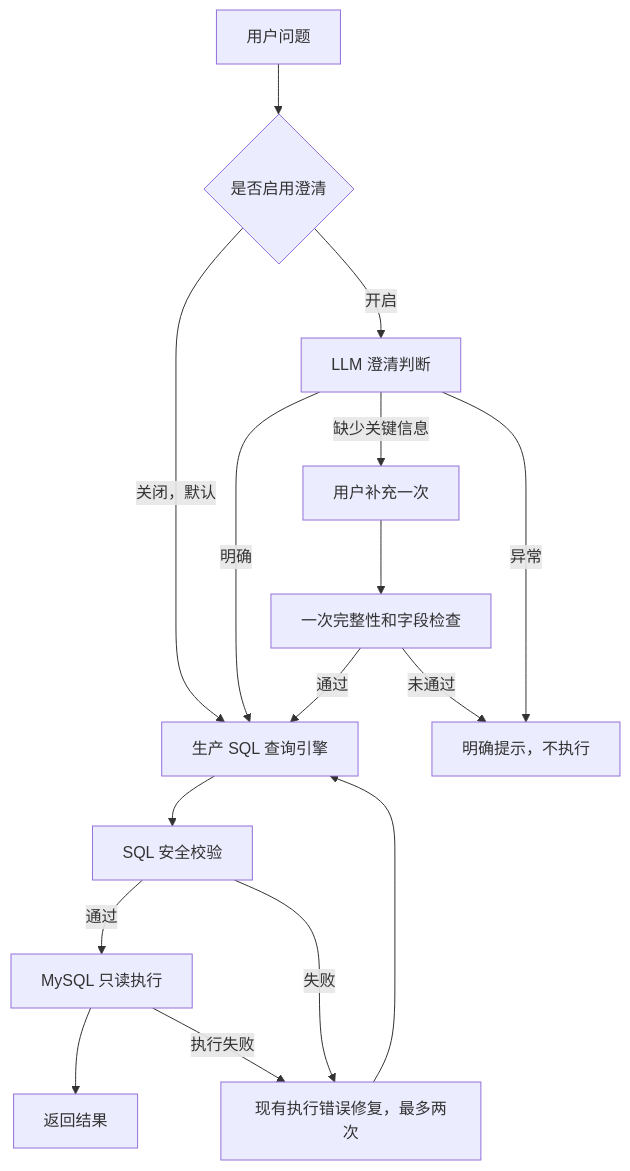
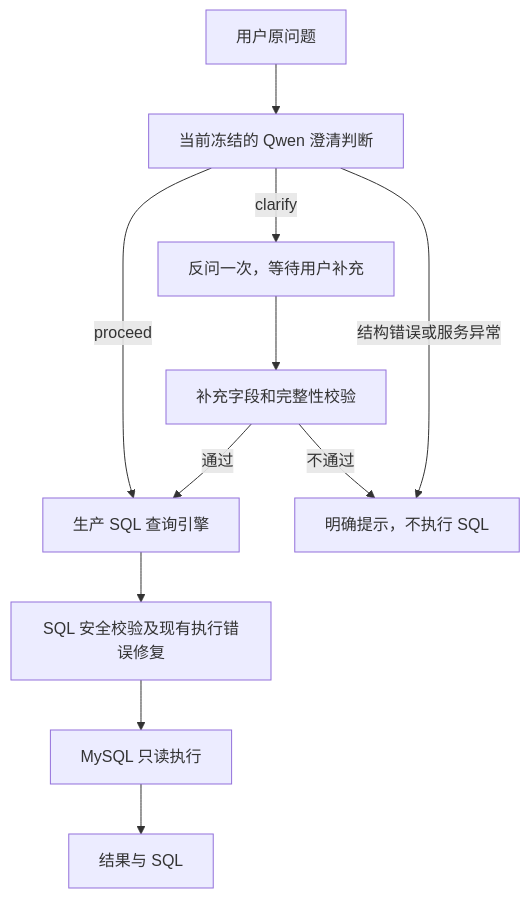
Before and after one commit to jinxi0407/agentic-data-analyst: the diagram in README.md, drawn with Mermaid. The commit also changed other lines of this file and 57 other files, not shown here.

````diff
--- a/README.md
+++ b/README.md
@@ -18,18 +15,13 @@
 ```mermaid
 flowchart TD
-    U[用户问题] --> M{是否启用澄清}
-    M -->|关闭，默认| Q[生产 SQL 查询引擎]
-    M -->|开启| G[LLM 澄清判断]
-    G -->|明确| Q
-    G -->|缺少关键信息| A[用户补充一次]
-    A --> C[一次完整性和字段检查]
-    C -->|通过| Q
-    C -->|未通过| E[明确提示，不执行]
-    G -->|异常| E
-    Q --> S[SQL 安全校验]
-    S -->|通过| D[MySQL 只读执行]
-    D --> R[返回结果]
-    S -->|失败| X[现有执行错误修复，最多两次]
-    D -->|执行失败| X
-    X --> Q
+    U[用户原问题] --> G[当前冻结的 Qwen 澄清判断]
+    G -->|proceed| Q[生产 SQL 查询引擎]
+    G -->|clarify| A[反问一次，等待用户补充]
+    A --> V[补充字段和完整性校验]
+    V -->|通过| Q
+    V -->|不通过| E[明确提示，不执行 SQL]
+    G -->|结构错误或服务异常| E
+    Q --> S[SQL 安全校验及现有执行错误修复]
+    S --> D[MySQL 只读执行]
+    D --> R[结果与 SQL]
 ```
````
